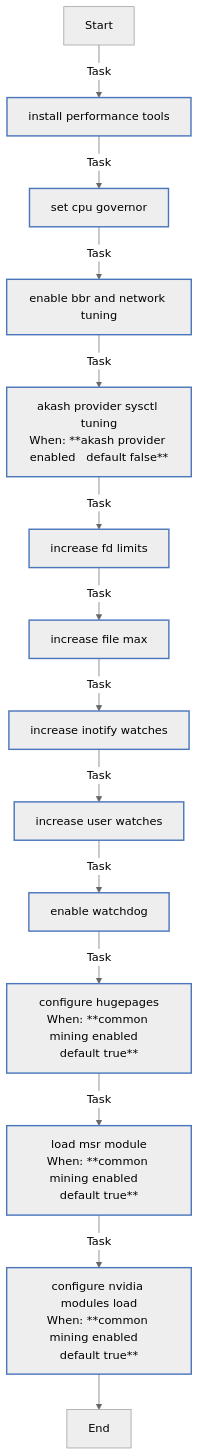
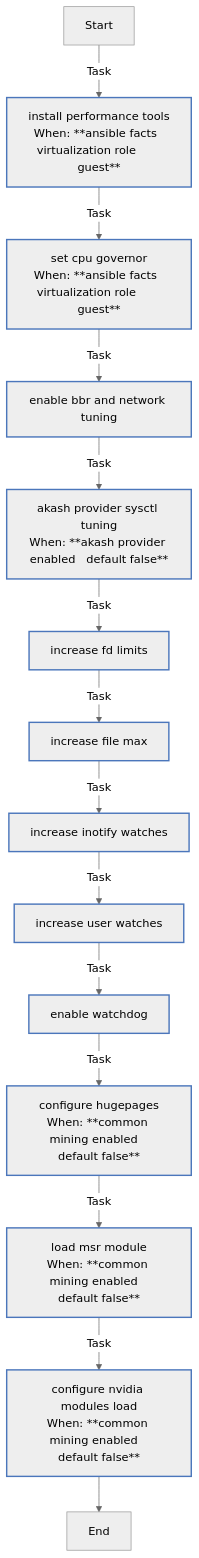
Before and after one commit to rou-cru/k3s-homelab: the ninth of 9 diagrams in roles/common/README.md, drawn with Mermaid (neutral theme). The commit also changed other lines of this file and 57 other files, not shown here.

````diff
--- a/roles/common/README.md
+++ b/roles/common/README.md
@@ -671,26 +728,26 @@
 ```mermaid
 flowchart TD
 Start
 classDef block stroke:#3498db,stroke-width:2px;
 classDef task stroke:#4b76bb,stroke-width:2px;
 classDef includeTasks stroke:#16a085,stroke-width:2px;
 classDef importTasks stroke:#34495e,stroke-width:2px;
 classDef includeRole stroke:#2980b9,stroke-width:2px;
 classDef importRole stroke:#699ba7,stroke-width:2px;
 classDef includeVars stroke:#8e44ad,stroke-width:2px;
 classDef rescue stroke:#665352,stroke-width:2px;
 
-  Start-->|Task| Install_performance_tools0[install performance tools]:::task
-  Install_performance_tools0-->|Task| Set_CPU_governor1[set cpu governor]:::task
+  Start-->|Task| Install_performance_tools0[install performance tools<br>When: **ansible facts  virtualization role       guest**]:::task
+  Install_performance_tools0-->|Task| Set_CPU_governor1[set cpu governor<br>When: **ansible facts  virtualization role       guest**]:::task
   Set_CPU_governor1-->|Task| Enable_BBR_and_Network_Tuning2[enable bbr and network tuning]:::task
   Enable_BBR_and_Network_Tuning2-->|Task| Akash_Provider_sysctl_tuning3[akash provider sysctl tuning<br>When: **akash provider enabled   default false**]:::task
   Akash_Provider_sysctl_tuning3-->|Task| Increase_FD_limits4[increase fd limits]:::task
   Increase_FD_limits4-->|Task| Increase_file_max5[increase file max]:::task
   Increase_file_max5-->|Task| Increase_inotify_watches6[increase inotify watches]:::task
   Increase_inotify_watches6-->|Task| Increase_user_watches7[increase user watches]:::task
   Increase_user_watches7-->|Task| Enable_watchdog8[enable watchdog]:::task
-  Enable_watchdog8-->|Task| Configure_hugepages9[configure hugepages<br>When: **common mining enabled   default true**]:::task
-  Configure_hugepages9-->|Task| Load_MSR_module10[load msr module<br>When: **common mining enabled   default true**]:::task
-  Load_MSR_module10-->|Task| Configure_Nvidia_modules_load11[configure nvidia modules load<br>When: **common mining enabled   default true**]:::task
+  Enable_watchdog8-->|Task| Configure_hugepages9[configure hugepages<br>When: **common mining enabled   default false**]:::task
+  Configure_hugepages9-->|Task| Load_MSR_module10[load msr module<br>When: **common mining enabled   default false**]:::task
+  Load_MSR_module10-->|Task| Configure_Nvidia_modules_load11[configure nvidia modules load<br>When: **common mining enabled   default false**]:::task
   Configure_Nvidia_modules_load11-->End
 ```
````
